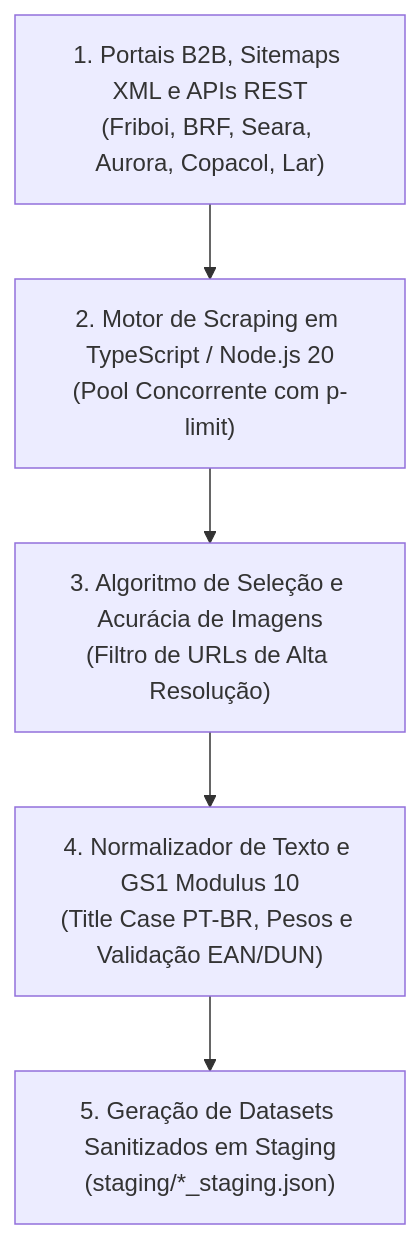
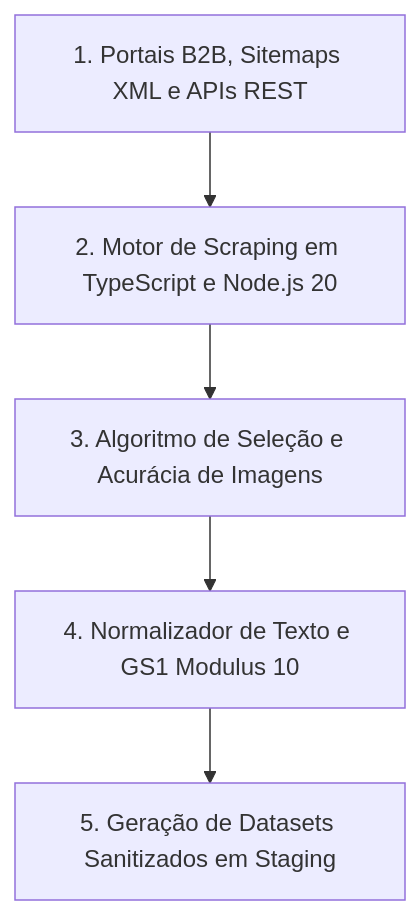
The diagram in docs/scrapers-multi-fornecedores.md (NaejBarbosa/paletscan-etl), drawn with Mermaid before and after one commit. The commit also changed other lines of this file and 3 other files, not shown here.

Commit message:
fix(docs): corrigir sintaxe do diagrama supabase.md e adicionar suite de teste automatizado validate:mermaid

````diff
--- a/docs/scrapers-multi-fornecedores.md
+++ b/docs/scrapers-multi-fornecedores.md
@@ -24,7 +24,7 @@
 ```mermaid
 flowchart TD
-    P1["1. Portais B2B, Sitemaps XML e APIs REST\n(Friboi, BRF, Seara, Aurora, Copacol, Lar)"] --> P2["2. Motor de Scraping em TypeScript / Node.js 20\n(Pool Concorrente com p-limit)"]
-    P2 --> P3["3. Algoritmo de Seleção e Acurácia de Imagens\n(Filtro de URLs de Alta Resolução)"]
-    P3 --> P4["4. Normalizador de Texto e GS1 Modulus 10\n(Title Case PT-BR, Pesos e Validação EAN/DUN)"]
-    P4 --> P5["5. Geração de Datasets Sanitizados em Staging\n(staging/*_staging.json)"]
+    P1["1. Portais B2B, Sitemaps XML e APIs REST"] --> P2["2. Motor de Scraping em TypeScript e Node.js 20"]
+    P2 --> P3["3. Algoritmo de Seleção e Acurácia de Imagens"]
+    P3 --> P4["4. Normalizador de Texto e GS1 Modulus 10"]
+    P4 --> P5["5. Geração de Datasets Sanitizados em Staging"]
 ```
````
